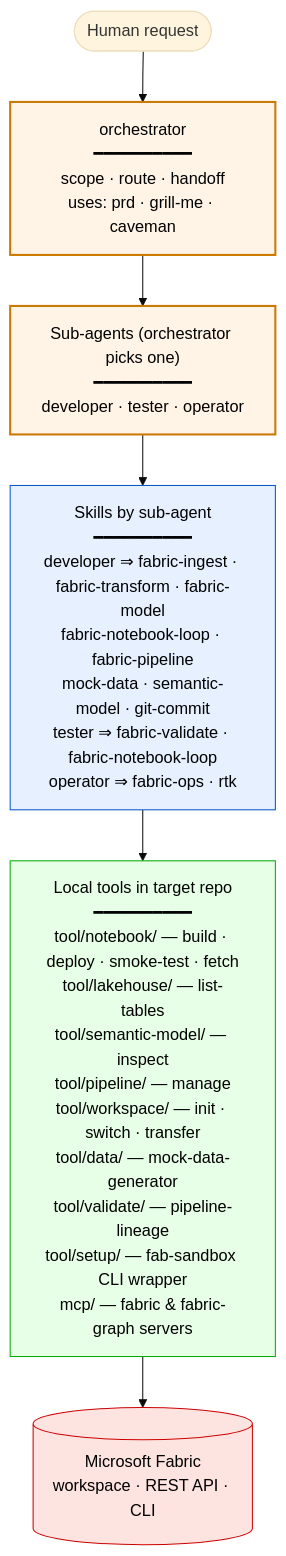
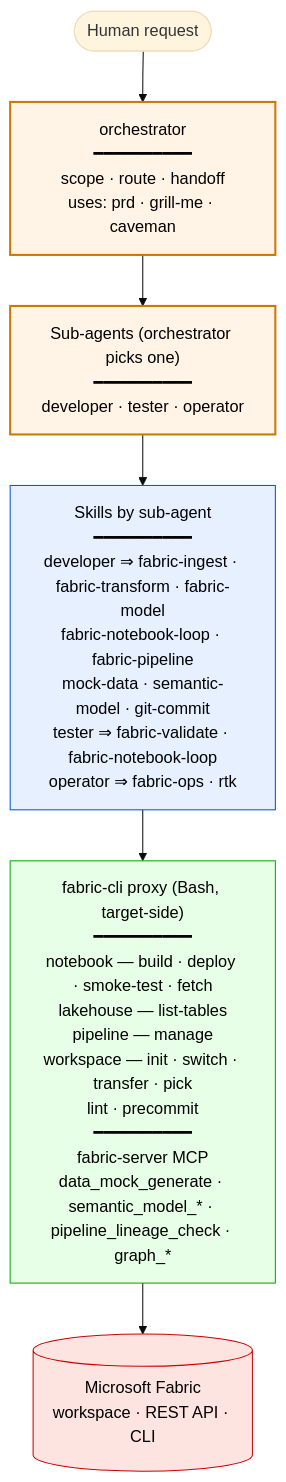
Before and after one commit to scardoso-lu/fabric-skills-settings: the diagram in docs/workflow.md, drawn with Mermaid (base theme). The commit also changed other lines of this file and 77 other files, not shown here.

Commit message:
cli and remote mcp server

````diff
--- a/docs/workflow.md
+++ b/docs/workflow.md
@@ -5,24 +5,24 @@
 ```mermaid
 flowchart TD
     classDef agent fill:#fff4e6,stroke:#cc7700,stroke-width:2px,color:#000
     classDef skill fill:#e6f0ff,stroke:#0055cc,color:#000
     classDef tool fill:#e6ffe6,stroke:#00aa00,color:#000
     classDef ext fill:#fde4e1,stroke:#cc0000,color:#000
 
     H([Human request])
     H --> ORC
 
     ORC["orchestrator<br/>━━━━━━━━━━<br/>scope · route · handoff<br/>uses: prd · grill-me · caveman"]:::agent
     ORC --> SUBS
 
     SUBS["Sub-agents (orchestrator picks one)<br/>━━━━━━━━━━<br/>developer · tester · operator"]:::agent
     SUBS --> SKILLS
 
     SKILLS["Skills by sub-agent<br/>━━━━━━━━━━<br/>developer ⇒ fabric-ingest · fabric-transform · fabric-model<br/>fabric-notebook-loop · fabric-pipeline<br/>mock-data · semantic-model · git-commit<br/>tester ⇒ fabric-validate · fabric-notebook-loop<br/>operator ⇒ fabric-ops · rtk"]:::skill
     SKILLS --> TOOLS
 
-    TOOLS["Local tools in target repo<br/>━━━━━━━━━━<br/>tool/notebook/ — build · deploy · smoke-test · fetch<br/>tool/lakehouse/ — list-tables<br/>tool/semantic-model/ — inspect<br/>tool/pipeline/ — manage<br/>tool/workspace/ — init · switch · transfer<br/>tool/data/ — mock-data-generator<br/>tool/validate/ — pipeline-lineage<br/>tool/setup/ — fab-sandbox CLI wrapper<br/>mcp/ — fabric & fabric-graph servers"]:::tool
+    TOOLS["fabric-cli proxy (Bash, target-side)<br/>━━━━━━━━━━<br/>notebook — build · deploy · smoke-test · fetch<br/>lakehouse — list-tables<br/>pipeline — manage<br/>workspace — init · switch · transfer · pick<br/>lint · precommit<br/>━━━━━━━━━━<br/>fabric-server MCP<br/>data_mock_generate · semantic_model_* · pipeline_lineage_check · graph_*"]:::tool
     TOOLS --> FAB
 
     FAB[("Microsoft Fabric<br/>workspace · REST API · CLI")]:::ext
 ```
````
